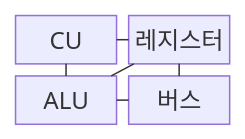
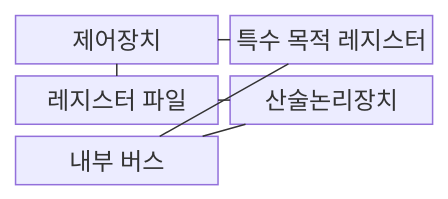
Before and after one commit to agnusdei1207/knowledge-base: the first of 2 diagrams in src/content/docs/notes/02-hardware/002_cpu_components.md, drawn with Mermaid. The commit also changed other lines of this file, not shown here.

````diff
--- a/src/content/docs/notes/02-hardware/002_cpu_components.md
+++ b/src/content/docs/notes/02-hardware/002_cpu_components.md
@@ -71,9 +67,9 @@
 ```mermaid
 block
     columns 2
-    C["CU"] --- R["레지스터"]
-    R --- A["ALU"]
-    C --- A
-    A --- B["버스"]
-    R --- B
+    C["제어장치"] --- S["특수 목적 레지스터"]
+    C --- R["레지스터 파일"]
+    R --- A["산술논리장치"]
+    S --- B["내부 버스"]
+    A --- B
 ```
````
